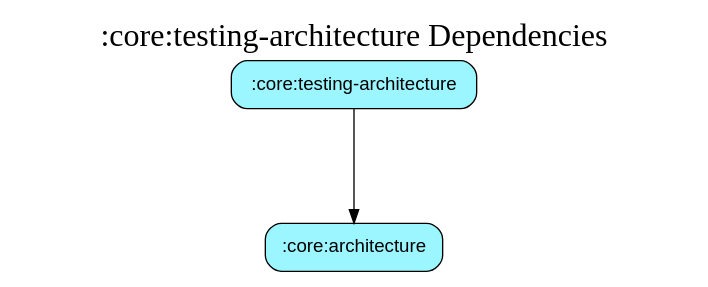
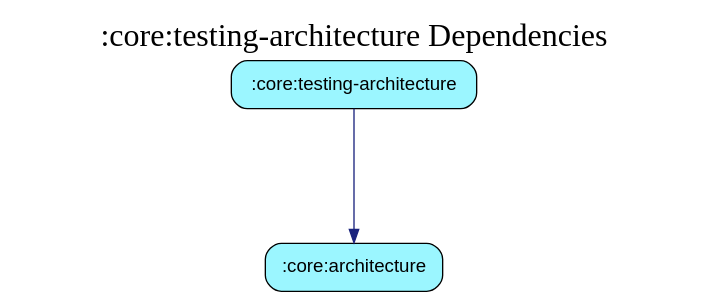
One commit to harrykibet/RealEstateApp-Android changed the diagram in core/testing-architecture/module_graph.gv. Above: the diagram before and after it, drawn with Graphviz. The commit also changed 91 other files, not shown here.

```diff
--- a/core/testing-architecture/module_graph.gv
+++ b/core/testing-architecture/module_graph.gv
@@ -1,7 +1,7 @@
 digraph {
-  graph [label=":core:testing-architecture Dependencies", labelloc=t, fontsize=24, ranksep=1.2];
+  graph [label=":core:testing-architecture Dependencies", labelloc=t, fontsize=24, ranksep=1.4];
   node [style=filled, fillcolor="#bbdefb", fontname="sans-serif", shape=box, style="rounded,filled"];
   ":core:testing-architecture" [fillcolor="#9BF6FF"];
   ":core:architecture" [fillcolor="#9BF6FF"];
-  ":core:testing-architecture" -> ":core:architecture"
+  ":core:testing-architecture" -> ":core:architecture" [color="#1A237E", style=solid]
 }
```
